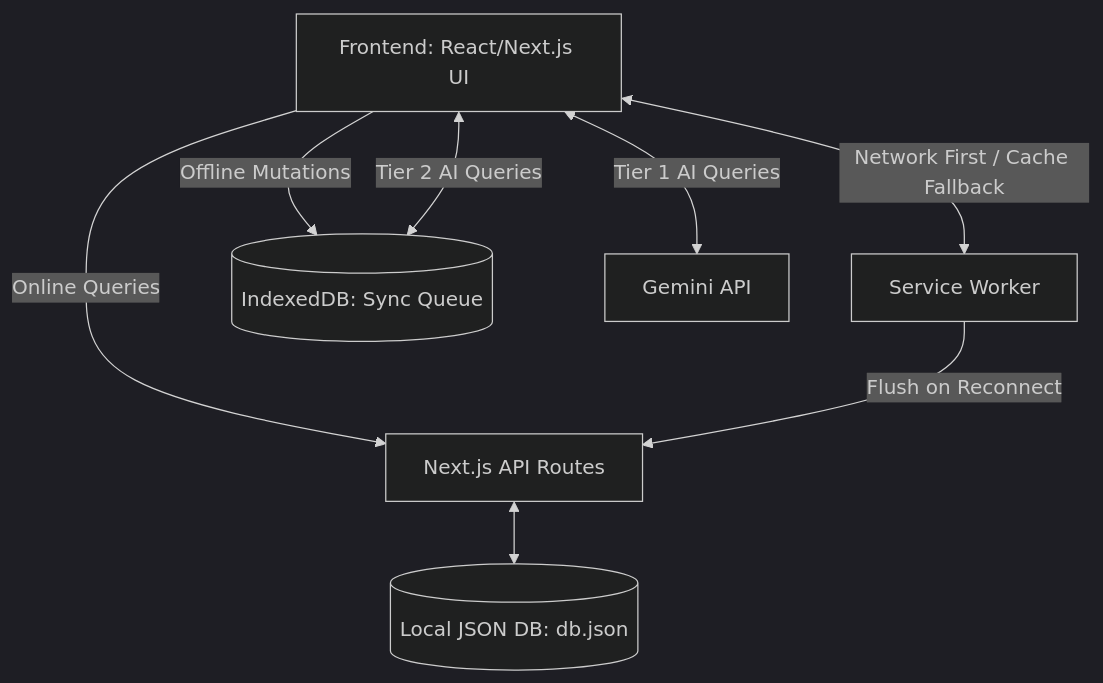
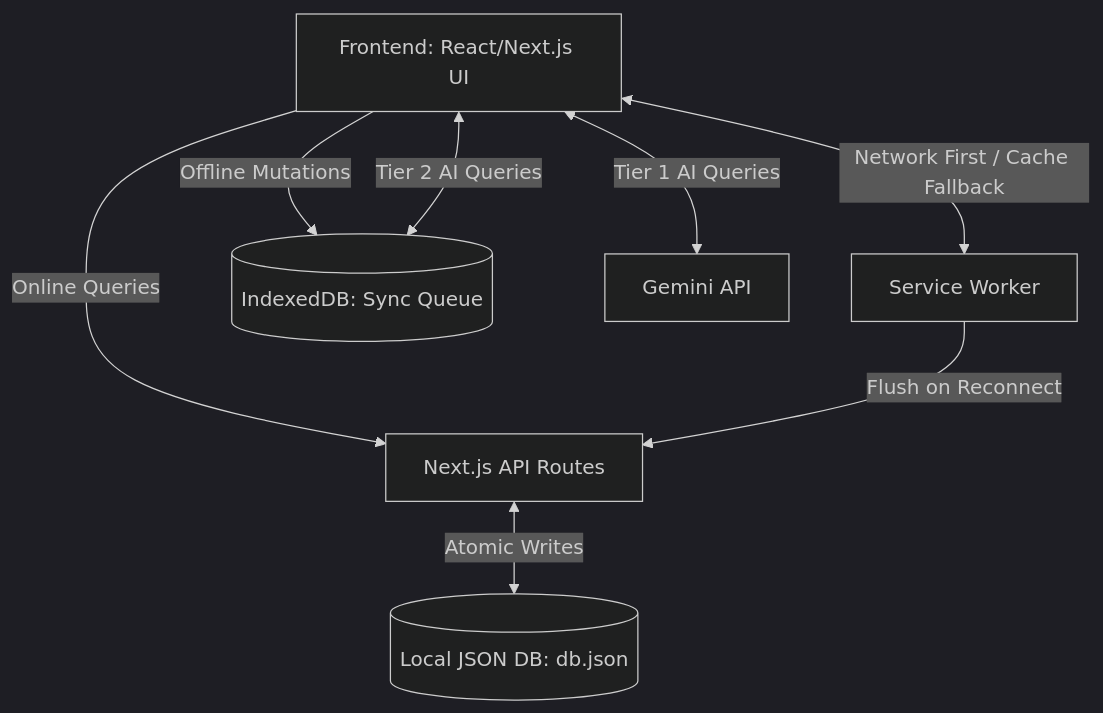
Before and after one commit to Ansika-Singh/celine-app: the diagram in README.md, drawn with Mermaid (dark theme). The commit also changed other lines of this file, not shown here.

````diff
--- a/README.md
+++ b/README.md
@@ -19,17 +32,17 @@
 ```mermaid
 graph TD
     UI[Frontend: React/Next.js UI]
     SW[Service Worker]
     IDB[(IndexedDB: Sync Queue)]
     API[Next.js API Routes]
     DB[(Local JSON DB: db.json)]
     AI[Gemini API]
 
     UI <-->|Network First / Cache Fallback| SW
     UI -->|Online Queries| API
     UI -->|Offline Mutations| IDB
     SW -->|Flush on Reconnect| API
-    API <--> DB
+    API <-->|Atomic Writes| DB
     UI <-->|Tier 1 AI Queries| AI
     UI <-->|Tier 2 AI Queries| IDB
 ```
````
